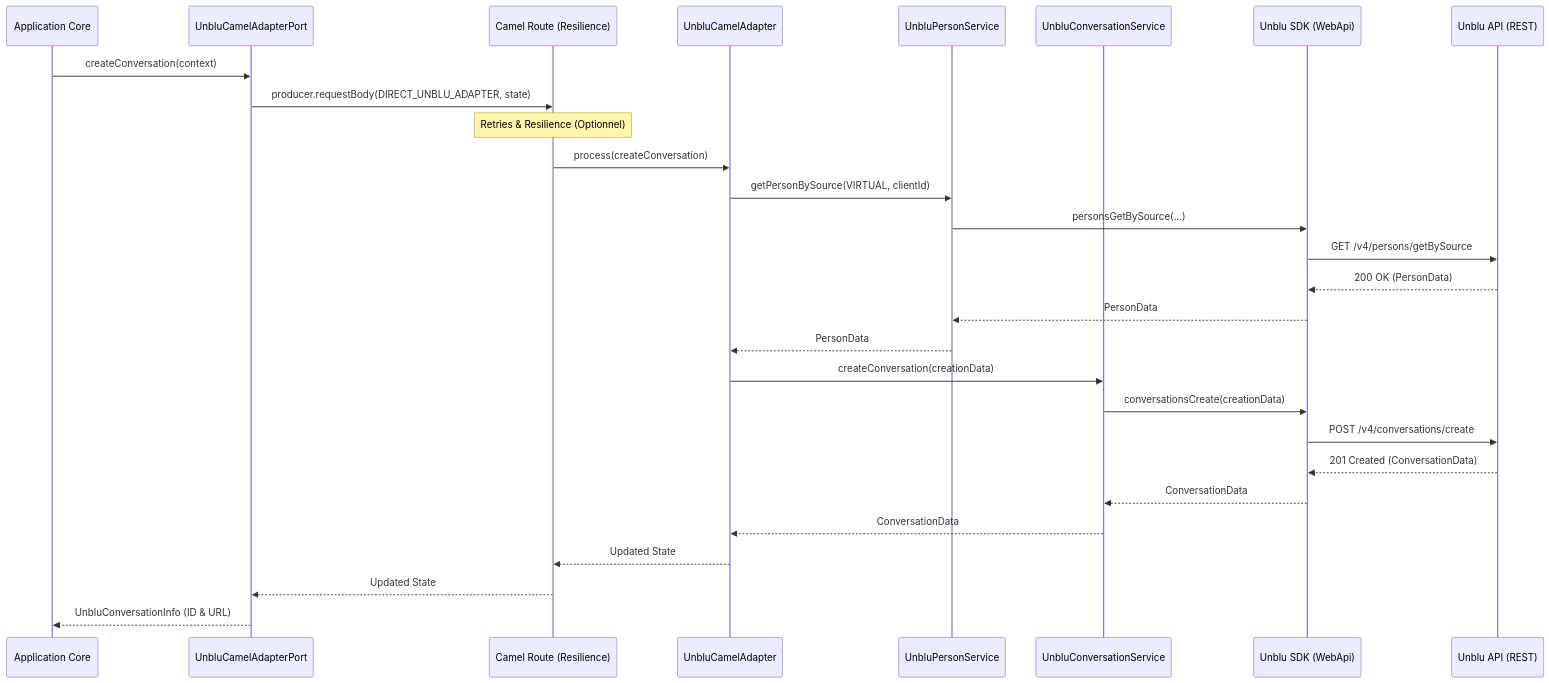
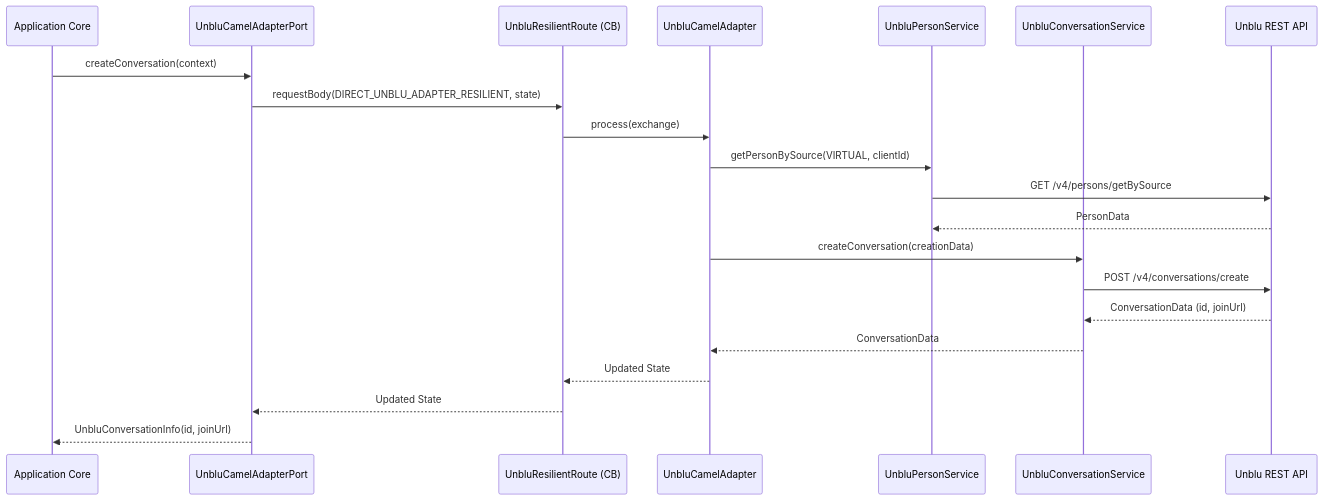
Before and after one commit to dmissud/PocUnblu: the first of 2 diagrams in docs/unblu-adapter-doc/conversations.md, drawn with Mermaid. The commit also changed other lines of this file and 3 other files, not shown here.

First line of the commit message:
docs(unblu-adapter): enrichissement et consolidation de la documentation

````diff
--- a/docs/unblu-adapter-doc/conversations.md
+++ b/docs/unblu-adapter-doc/conversations.md
@@ -13,34 +19,24 @@
 ```mermaid
 sequenceDiagram
     participant App as Application Core
-    participant AdapterPort as UnbluCamelAdapterPort
-    participant Camel as Camel Route (Resilience)
+    participant Port as UnbluCamelAdapterPort
+    participant CB as UnbluResilientRoute (CB)
     participant Adapter as UnbluCamelAdapter
     participant PersonSvc as UnbluPersonService
     participant ConvSvc as UnbluConversationService
-    participant SDK as Unblu SDK (WebApi)
-    participant Unblu as Unblu API (REST)
+    participant Unblu as Unblu REST API
 
-    App->>AdapterPort: createConversation(context)
-    AdapterPort->>Camel: producer.requestBody(DIRECT_UNBLU_ADAPTER, state)
-    Note over Camel: Retries & Resilience (Optionnel)
-    Camel->>Adapter: process(createConversation)
-    
+    App->>Port: createConversation(context)
+    Port->>CB: requestBody(DIRECT_UNBLU_ADAPTER_RESILIENT, state)
+    CB->>Adapter: process(exchange)
     Adapter->>PersonSvc: getPersonBySource(VIRTUAL, clientId)
-    PersonSvc->>SDK: personsGetBySource(...)
-    SDK->>Unblu: GET /v4/persons/getBySource
-    Unblu-->>SDK: 200 OK (PersonData)
-    SDK-->>PersonSvc: PersonData
-    PersonSvc-->>Adapter: PersonData
-
+    PersonSvc->>Unblu: GET /v4/persons/getBySource
+    Unblu-->>PersonSvc: PersonData
     Adapter->>ConvSvc: createConversation(creationData)
-    ConvSvc->>SDK: conversationsCreate(creationData)
-    SDK->>Unblu: POST /v4/conversations/create
-    Unblu-->>SDK: 201 Created (ConversationData)
-    SDK-->>ConvSvc: ConversationData
+    ConvSvc->>Unblu: POST /v4/conversations/create
+    Unblu-->>ConvSvc: ConversationData (id, joinUrl)
     ConvSvc-->>Adapter: ConversationData
-
-    Adapter-->>Camel: Updated State
-    Camel-->>AdapterPort: Updated State
-    AdapterPort-->>App: UnbluConversationInfo (ID & URL)
+    Adapter-->>CB: Updated State
+    CB-->>Port: Updated State
+    Port-->>App: UnbluConversationInfo(id, joinUrl)
 ```
````
